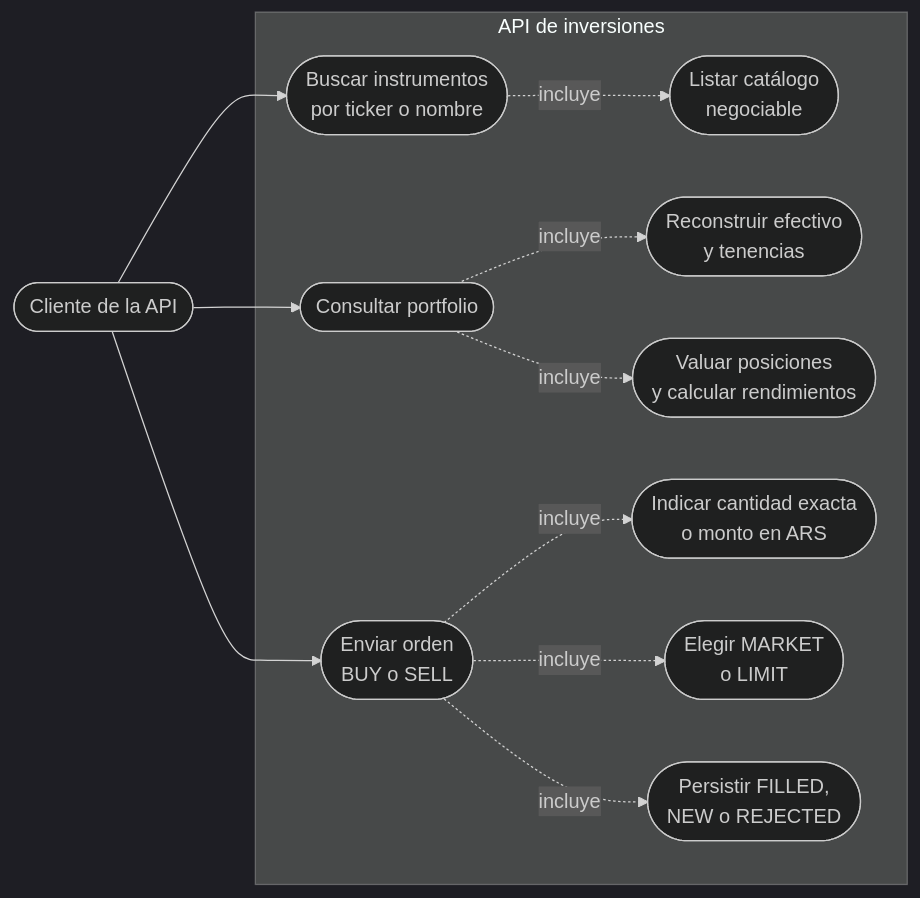
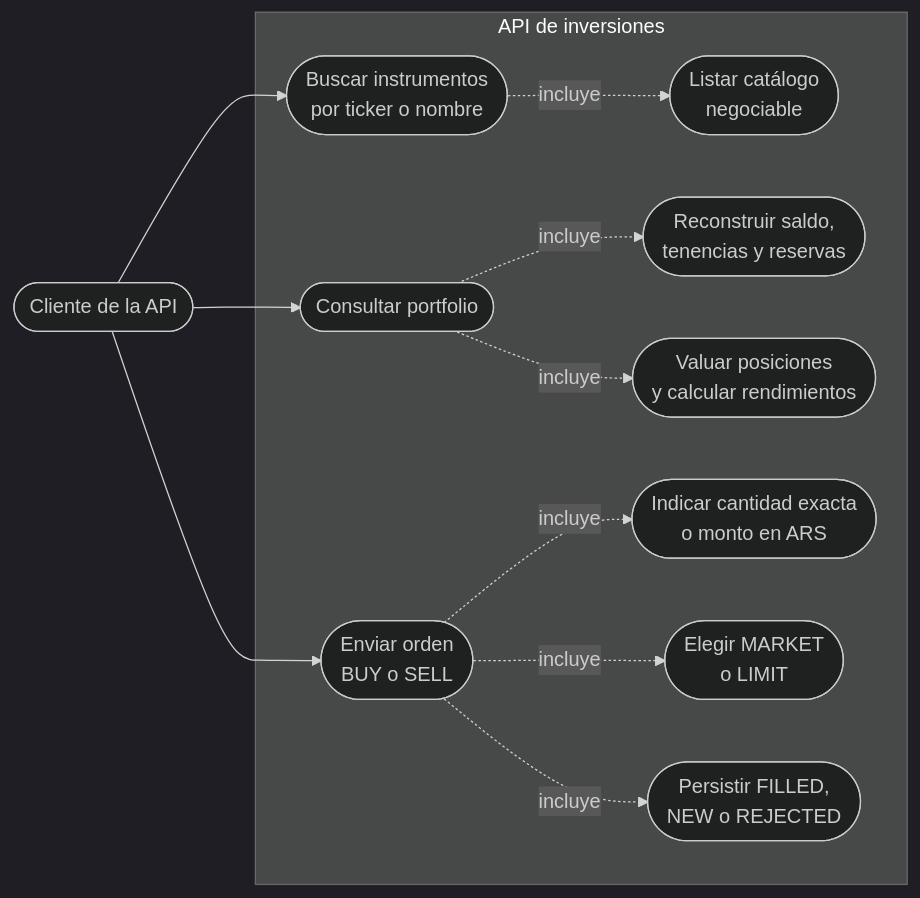
The diagram in docs/diagrams/use-cases.md (danyEvan/challenge-backend-cc), drawn with Mermaid (dark theme) before and after one commit. The commit also changed 44 other files, not shown here.

````diff
--- a/docs/diagrams/use-cases.md
+++ b/docs/diagrams/use-cases.md
@@ -5,28 +5,28 @@
 ```mermaid
 flowchart LR
     Client([Cliente de la API])
 
     subgraph API[API de inversiones]
         Search([Buscar instrumentos<br/>por ticker o nombre])
         Portfolio([Consultar portfolio])
         Submit([Enviar orden<br/>BUY o SELL])
 
         Catalog([Listar catálogo<br/>negociable])
-        Resources([Reconstruir efectivo<br/>y tenencias])
+        Resources([Reconstruir saldo,<br/>tenencias y reservas])
         Valuation([Valuar posiciones<br/>y calcular rendimientos])
         Quantity([Indicar cantidad exacta<br/>o monto en ARS])
         OrderType([Elegir MARKET<br/>o LIMIT])
         Persist([Persistir FILLED,<br/>NEW o REJECTED])
     end
 
     Client --> Search
     Client --> Portfolio
     Client --> Submit
 
     Search -. incluye .-> Catalog
     Portfolio -. incluye .-> Resources
     Portfolio -. incluye .-> Valuation
     Submit -. incluye .-> Quantity
     Submit -. incluye .-> OrderType
     Submit -. incluye .-> Persist
 ```
````
